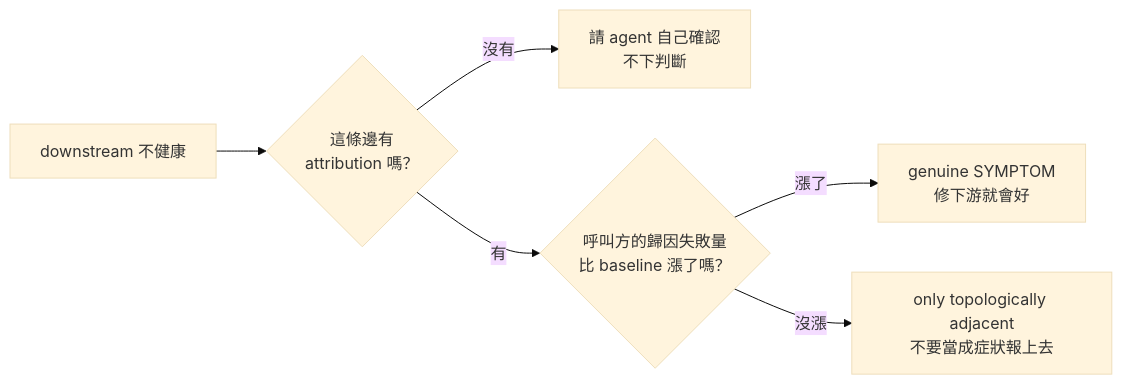
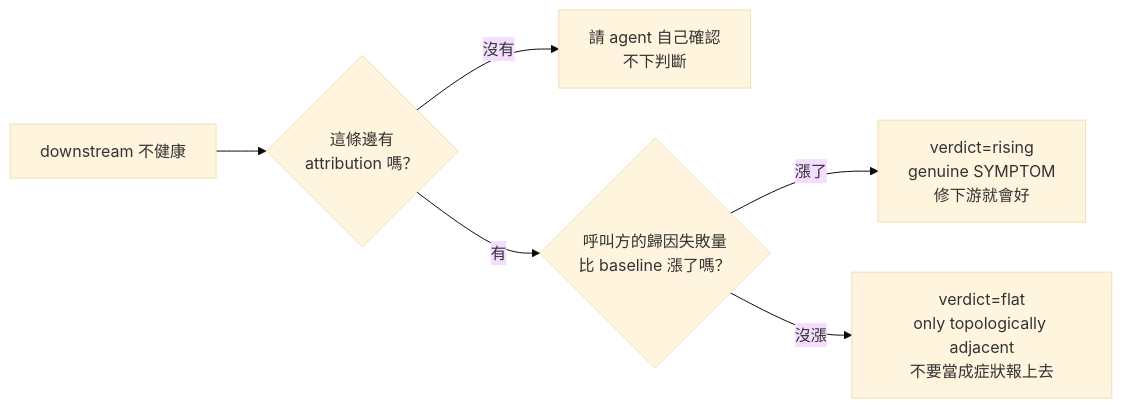
Before and after one commit to tedmax100/o11y-bench: the second of 2 diagrams in weaver-demo/ironman-2026/day17.md, drawn with Mermaid (base theme). The commit also changed other lines of this file and 3 other files, not shown here.

````diff
--- a/weaver-demo/ironman-2026/day17.md
+++ b/weaver-demo/ironman-2026/day17.md
@@ -187,8 +189,8 @@
 ```mermaid
 flowchart LR
     S["downstream 不健康"] --> Q{"這條邊有<br/>attribution 嗎？"}
     Q -->|沒有| C["請 agent 自己確認<br/>不下判斷"]
     Q -->|有| D{"呼叫方的歸因失敗量<br/>比 baseline 漲了嗎？"}
-    D -->|漲了| E["genuine SYMPTOM<br/>修下游就會好"]
-    D -->|沒漲| F["only topologically adjacent<br/>不要當成症狀報上去"]
+    D -->|漲了| E["verdict=rising<br/>genuine SYMPTOM<br/>修下游就會好"]
+    D -->|沒漲| F["verdict=flat<br/>only topologically adjacent<br/>不要當成症狀報上去"]
 ```
````
